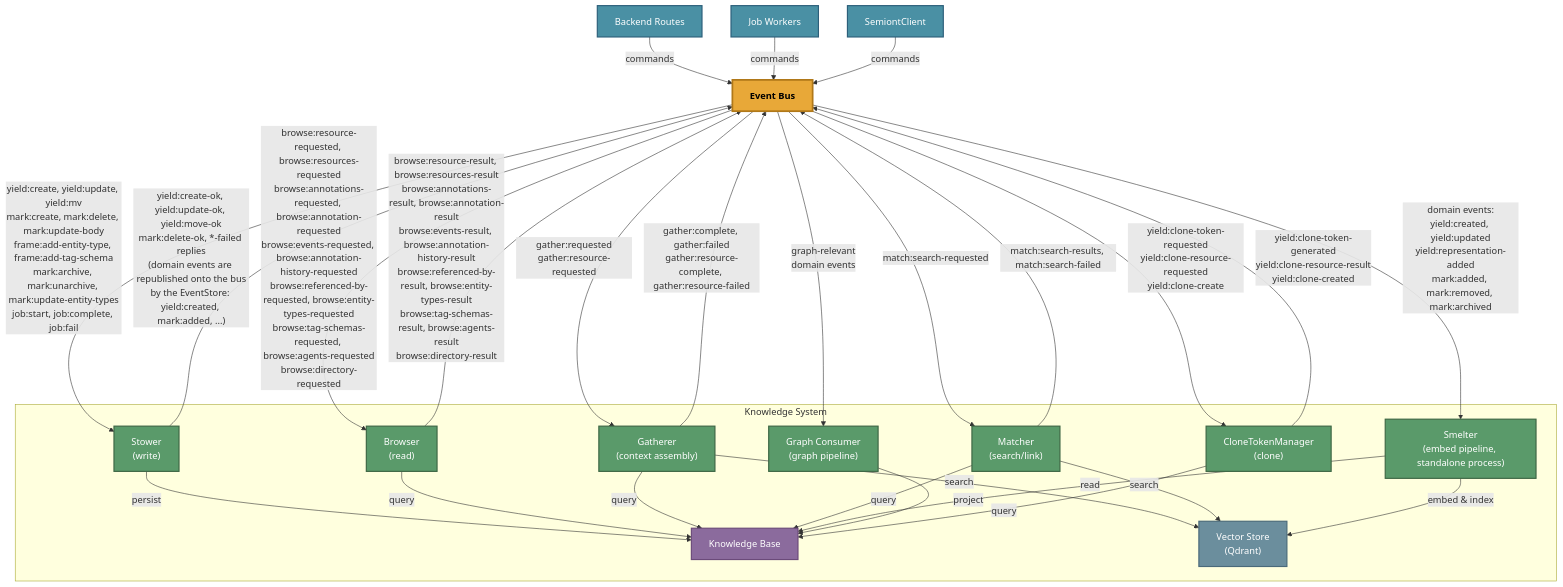
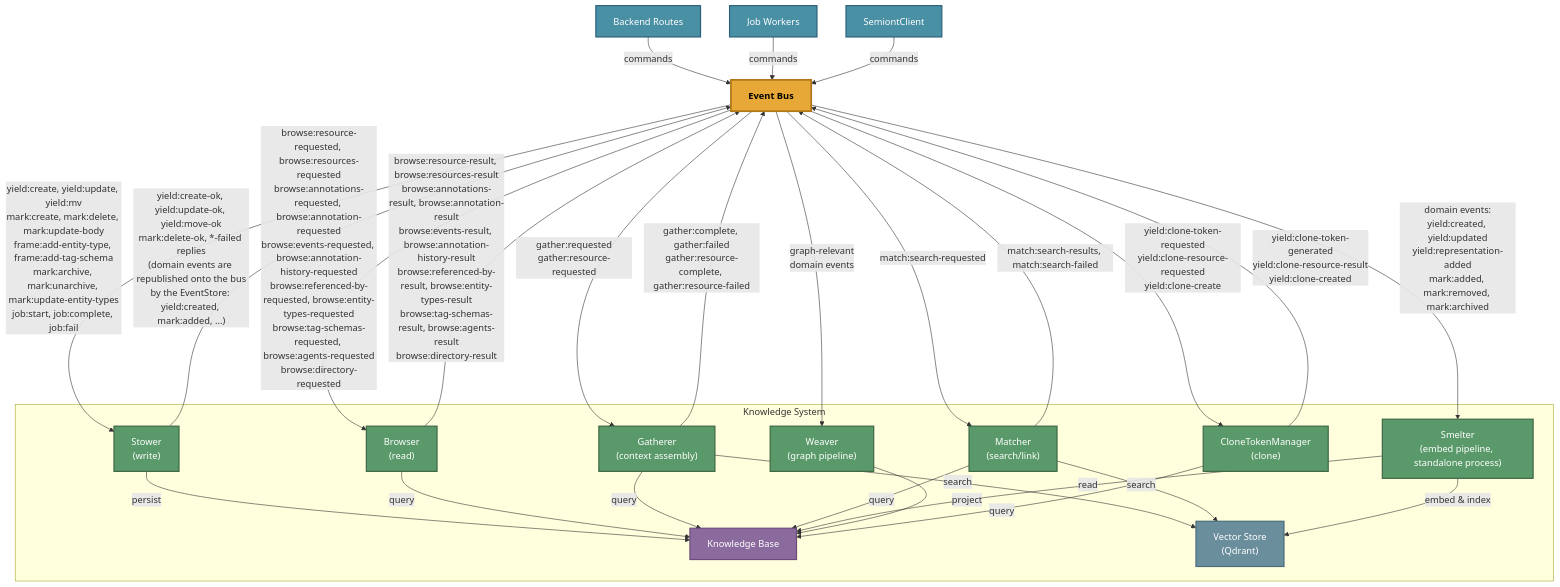
One commit to The-AI-Alliance/semiont changed the diagram in packages/make-meaning/README.md. Above: the diagram before and after it, drawn with Mermaid. The commit also changed other lines of this file and 47 other files, not shown here.

Commit message:
graph consumer -> weaver (#982)

````diff
--- a/packages/make-meaning/README.md
+++ b/packages/make-meaning/README.md
@@ -104,54 +104,54 @@
 ```mermaid
 graph TB
     Routes["Backend Routes"] -->|commands| BUS["Event Bus"]
     Workers["Job Workers"] -->|commands| BUS
     EBC["SemiontClient"] -->|commands| BUS
 
     subgraph ks ["Knowledge System"]
         STOWER["Stower<br/>(write)"]
         BROWSER["Browser<br/>(read)"]
         GATHERER["Gatherer<br/>(context assembly)"]
         MATCHER["Matcher<br/>(search/link)"]
         SMELTER["Smelter<br/>(embed pipeline, standalone process)"]
-        GC["Graph Consumer<br/>(graph pipeline)"]
+        WEAVER["Weaver<br/>(graph pipeline)"]
         CTM["CloneTokenManager<br/>(clone)"]
         KB["Knowledge Base"]
         VECTORS["Vector Store<br/>(Qdrant)"]
         STOWER -->|persist| KB
         BROWSER -->|query| KB
         GATHERER -->|query| KB
         GATHERER -->|search| VECTORS
         MATCHER -->|query| KB
         MATCHER -->|search| VECTORS
         SMELTER -->|embed & index| VECTORS
         SMELTER -->|read| KB
-        GC -->|project| KB
+        WEAVER -->|project| KB
         CTM -->|query| KB
     end
 
     BUS -->|"yield:create, yield:update, yield:mv<br/>mark:create, mark:delete, mark:update-body<br/>frame:add-entity-type, frame:add-tag-schema<br/>mark:archive, mark:unarchive, mark:update-entity-types<br/>job:start, job:complete, job:fail"| STOWER
     BUS -->|"browse:resource-requested, browse:resources-requested<br/>browse:annotations-requested, browse:annotation-requested<br/>browse:events-requested, browse:annotation-history-requested<br/>browse:referenced-by-requested, browse:entity-types-requested<br/>browse:tag-schemas-requested, browse:agents-requested<br/>browse:directory-requested"| BROWSER
     BUS -->|"gather:requested<br/>gather:resource-requested"| GATHERER
     BUS -->|"match:search-requested"| MATCHER
     BUS -->|"domain events:<br/>yield:created, yield:updated<br/>yield:representation-added<br/>mark:added, mark:removed, mark:archived"| SMELTER
-    BUS -->|"graph-relevant<br/>domain events"| GC
+    BUS -->|"graph-relevant<br/>domain events"| WEAVER
     BUS -->|"yield:clone-token-requested<br/>yield:clone-resource-requested<br/>yield:clone-create"| CTM
 
     STOWER -->|"yield:create-ok, yield:update-ok, yield:move-ok<br/>mark:delete-ok, *-failed replies<br/>(domain events are republished onto the bus<br/>by the EventStore: yield:created, mark:added, ...)"| BUS
     BROWSER -->|"browse:resource-result, browse:resources-result<br/>browse:annotations-result, browse:annotation-result<br/>browse:events-result, browse:annotation-history-result<br/>browse:referenced-by-result, browse:entity-types-result<br/>browse:tag-schemas-result, browse:agents-result<br/>browse:directory-result"| BUS
     GATHERER -->|"gather:complete, gather:failed<br/>gather:resource-complete, gather:resource-failed"| BUS
     MATCHER -->|"match:search-results, match:search-failed"| BUS
     CTM -->|"yield:clone-token-generated<br/>yield:clone-resource-result<br/>yield:clone-created"| BUS
 
     classDef bus fill:#e8a838,stroke:#b07818,stroke-width:3px,color:#000,font-weight:bold
     classDef actor fill:#5a9a6a,stroke:#3d6644,stroke-width:2px,color:#fff
     classDef kb fill:#8b6b9d,stroke:#6b4a7a,stroke-width:2px,color:#fff
     classDef caller fill:#4a90a4,stroke:#2c5f7a,stroke-width:2px,color:#fff
 
     class BUS bus
     classDef vectorstore fill:#6b8e9d,stroke:#4a6a7a,stroke-width:2px,color:#fff
-    class STOWER,BROWSER,GATHERER,MATCHER,SMELTER,GC,CTM actor
+    class STOWER,BROWSER,GATHERER,MATCHER,SMELTER,WEAVER,CTM actor
     class KB kb
     class VECTORS vectorstore
     class Routes,Workers,EBC caller
 ```
````
